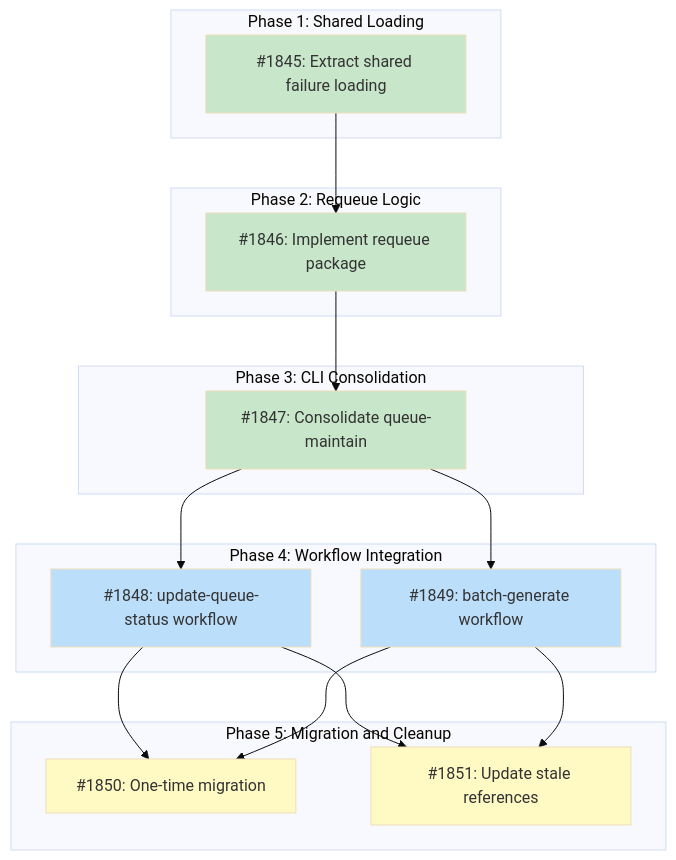
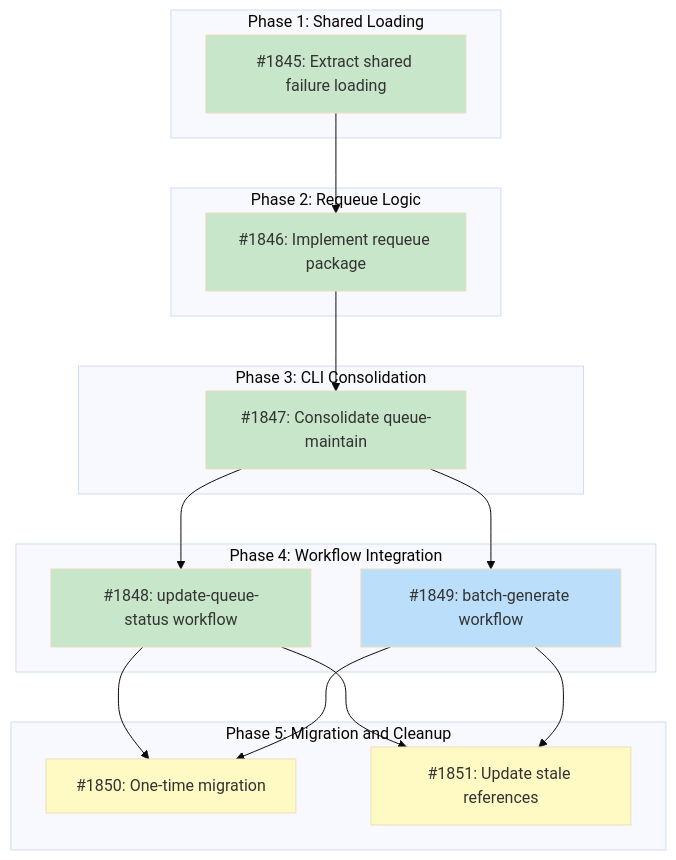
One commit to tsukumogami/tsuku changed the diagram in docs/designs/DESIGN-requeue-on-recipe-merge.md. Above: the diagram before and after it, drawn with Mermaid (base theme). The commit also changed other lines of this file, not shown here.

Commit message:
docs(design): mark #1848 complete

````diff
--- a/docs/designs/DESIGN-requeue-on-recipe-merge.md
+++ b/docs/designs/DESIGN-requeue-on-recipe-merge.md
@@ -63,44 +63,44 @@
 ```mermaid
 graph TD
     subgraph Phase1["Phase 1: Shared Loading"]
         I1845["#1845: Extract shared failure loading"]
     end
 
     subgraph Phase2["Phase 2: Requeue Logic"]
         I1846["#1846: Implement requeue package"]
     end
 
     subgraph Phase3["Phase 3: CLI Consolidation"]
         I1847["#1847: Consolidate queue-maintain"]
     end
 
     subgraph Phase4["Phase 4: Workflow Integration"]
         I1848["#1848: update-queue-status workflow"]
         I1849["#1849: batch-generate workflow"]
     end
 
     subgraph Phase5["Phase 5: Migration and Cleanup"]
         I1850["#1850: One-time migration"]
         I1851["#1851: Update stale references"]
     end
 
     I1845 --> I1846
     I1846 --> I1847
     I1847 --> I1848
     I1847 --> I1849
     I1848 --> I1850
     I1849 --> I1850
     I1848 --> I1851
     I1849 --> I1851
 
     classDef done fill:#c8e6c9
     classDef ready fill:#bbdefb
     classDef blocked fill:#fff9c4
     classDef needsDesign fill:#e1bee7
     classDef tracksDesign fill:#FFE0B2,stroke:#F57C00,color:#000
 
     class I1845 done
-    class I1846,I1847 done
-    class I1848,I1849 ready
+    class I1846,I1847,I1848 done
+    class I1849 ready
     class I1850,I1851 blocked
 ```
````
